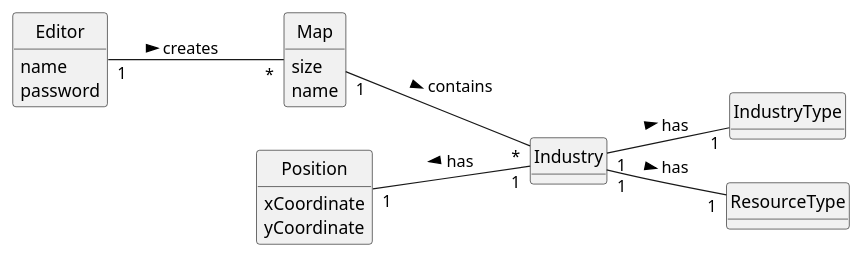
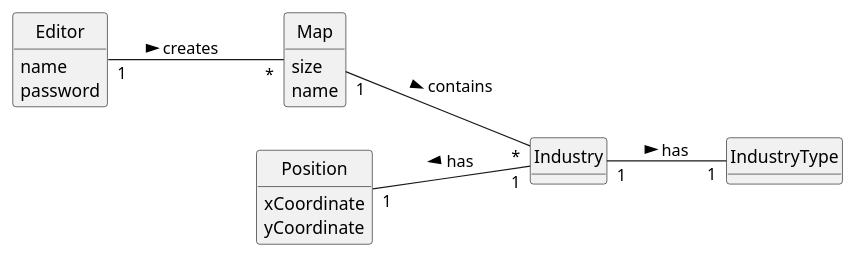
The diagram in Sprint2/US002/02.analysis/puml/US002-DM.puml (1240935/pi2-railway-simulator), drawn with PlantUML before and after one commit. The commit also changed 8 other files, not shown here.

```diff
--- a/Sprint2/US002/02.analysis/puml/US002-DM.puml
+++ b/Sprint2/US002/02.analysis/puml/US002-DM.puml
@@ -1,43 +1,39 @@
 @startuml
 skinparam monochrome true
 skinparam packageStyle rectangle
 skinparam shadowing false
 'skinparam linetype ortho
 'left to right direction
 skinparam classAttributeIconSize 0
 hide circle
 hide methods
 
 left to right direction
 
 class Editor {
     name
     password
 }
 
 class Map {
     size
     name
 }
 
 class Industry {
 }
 
 class IndustryType{
 }
 
-class ResourceType{
-}
-
 class Position{
     xCoordinate
     yCoordinate
 }
 
 Editor "1" -- "*" Map: creates >
 Map "1" -- "*" Industry: contains >
 Position "1" -- "1" Industry: has <
 Industry "1" -- "1" IndustryType: has >
-Industry "1" -- "1" ResourceType: has >
 
 @enduml
```
